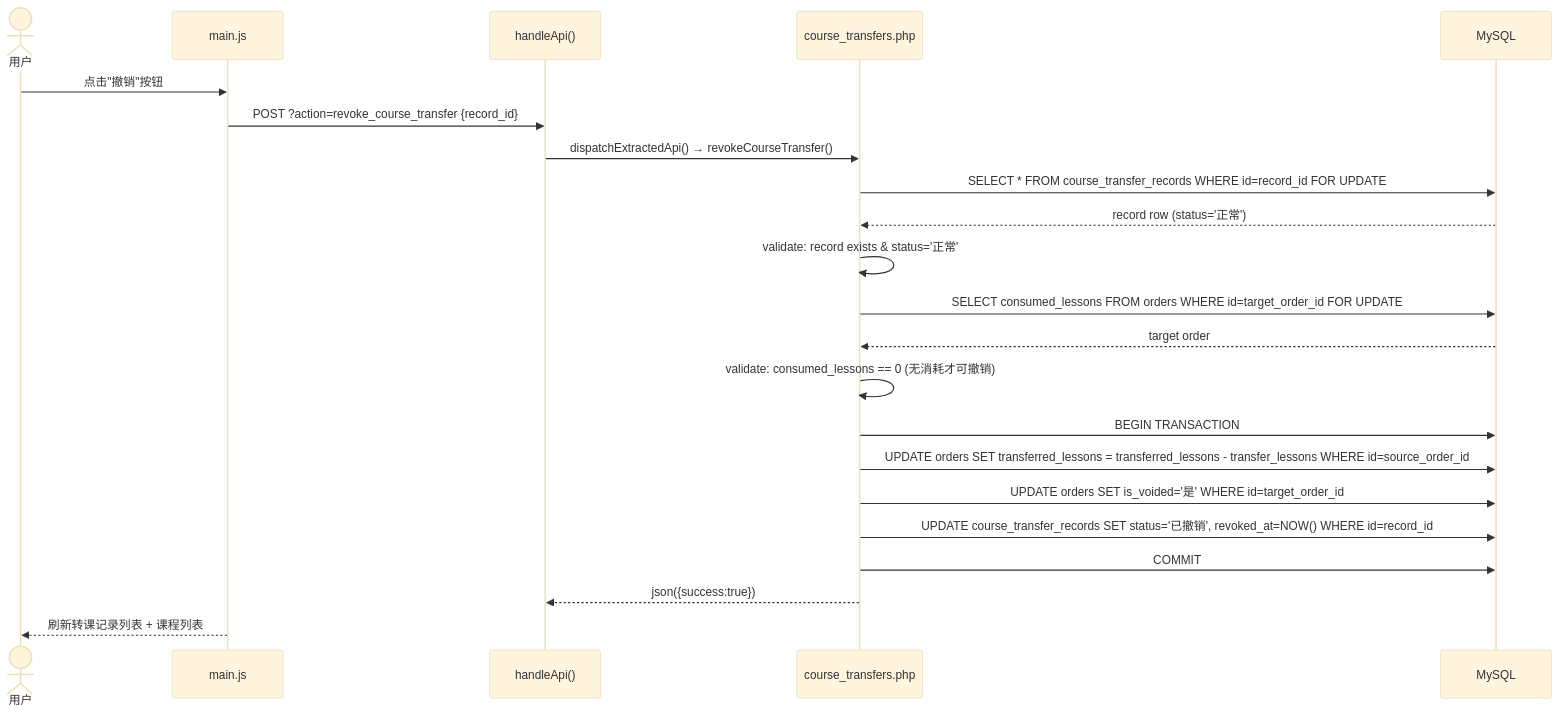
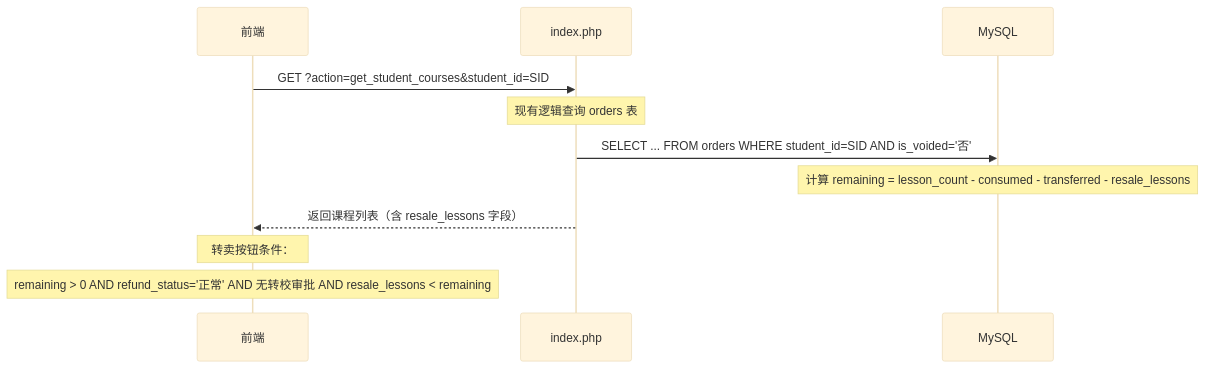
One commit to hawei07/TMS- changed the fourth of 5 diagrams in docs/system_design.md. Above: the diagram before and after it, drawn with Mermaid (base theme). The commit also changed other lines of this file and 10 other files, not shown here.

````diff
--- a/docs/system_design.md
+++ b/docs/system_design.md
@@ -229,28 +323,17 @@
 ```mermaid
 sequenceDiagram
-    actor User as 用户
-    participant JS as main.js
-    participant API as handleApi()
-    participant H as course_transfers.php
+    participant FE as 前端
+    participant API as index.php
     participant DB as MySQL
 
-    User->>JS: 点击"撤销"按钮
-    JS->>API: POST ?action=revoke_course_transfer {record_id}
-    API->>H: dispatchExtractedApi() → revokeCourseTransfer()
-
-    H->>DB: SELECT * FROM course_transfer_records WHERE id=record_id FOR UPDATE
-    DB-->>H: record row (status='正常')
-    H->>H: validate: record exists & status='正常'
-
-    H->>DB: SELECT consumed_lessons FROM orders WHERE id=target_order_id FOR UPDATE
-    DB-->>H: target order
-    H->>H: validate: consumed_lessons == 0 (无消耗才可撤销)
-
-    H->>DB: BEGIN TRANSACTION
-    H->>DB: UPDATE orders SET transferred_lessons = transferred_lessons - transfer_lessons WHERE id=source_order_id
-    H->>DB: UPDATE orders SET is_voided='是' WHERE id=target_order_id
-    H->>DB: UPDATE course_transfer_records SET status='已撤销', revoked_at=NOW() WHERE id=record_id
-    H->>DB: COMMIT
-    H-->>API: json({success:true})
-    JS-->>User: 刷新转课记录列表 + 课程列表
+    FE->>API: GET ?action=get_student_courses&student_id=SID
+    Note over API: 现有逻辑查询 orders 表
+    
+    API->>DB: SELECT ... FROM orders WHERE student_id=SID AND is_voided='否'
+    Note over DB: 计算 remaining = lesson_count - consumed - transferred - resale_lessons
+    
+    API-->>FE: 返回课程列表（含 resale_lessons 字段）
+    
+    Note over FE: 转卖按钮条件：
+    Note over FE: remaining > 0 AND refund_status='正常' AND 无转校审批 AND resale_lessons < remaining
 ```
````
